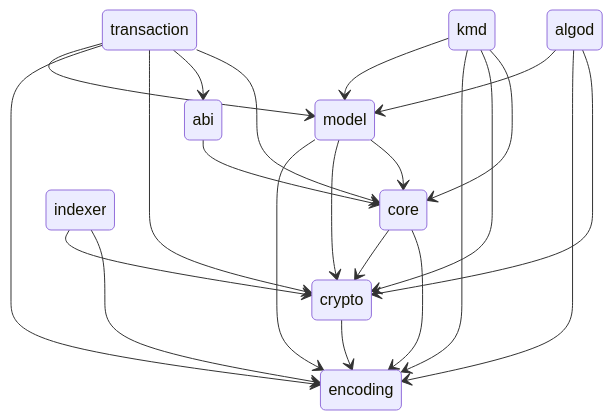
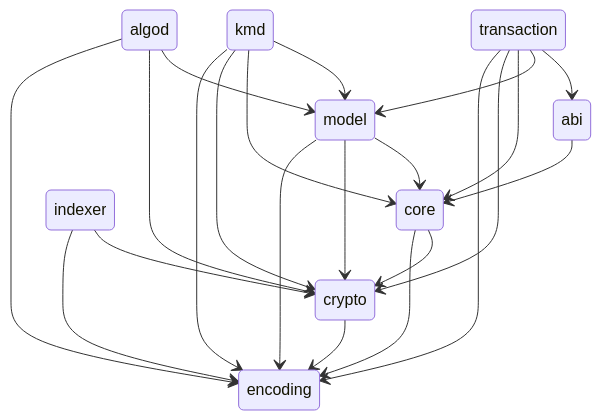
Before and after one commit to manuelmauro/algonaut: the diagram in CONTRIBUTING.md, drawn with Mermaid. The commit also changed other lines of this file, not shown here.

````diff
--- a/CONTRIBUTING.md
+++ b/CONTRIBUTING.md
@@ -38,24 +38,24 @@
 ```mermaid
 stateDiagram-v2
-    abi --> core
-    algod --> crypto
     algod --> encoding
-    algod --> model
     core --> encoding
-    core --> crypto
     crypto --> encoding
     indexer --> encoding
+    kmd --> encoding
+    model --> encoding
+    transaction --> encoding
+    algod --> crypto
     indexer --> crypto
+    core --> crypto
+    kmd --> crypto
+    model --> crypto
+    transaction --> crypto
+    abi --> core
     kmd --> core
-    kmd --> crypto
-    kmd --> encoding
+    model --> core
+    transaction --> core
+    algod --> model
     kmd --> model
-    model --> core
-    model --> crypto
-    model --> encoding
-    transaction --> core
+    transaction --> model
     transaction --> abi
-    transaction --> crypto
-    transaction --> encoding
-    transaction --> model
 ```
````
